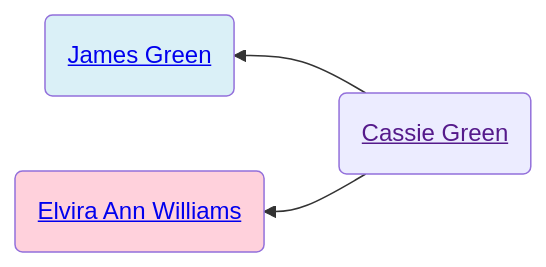
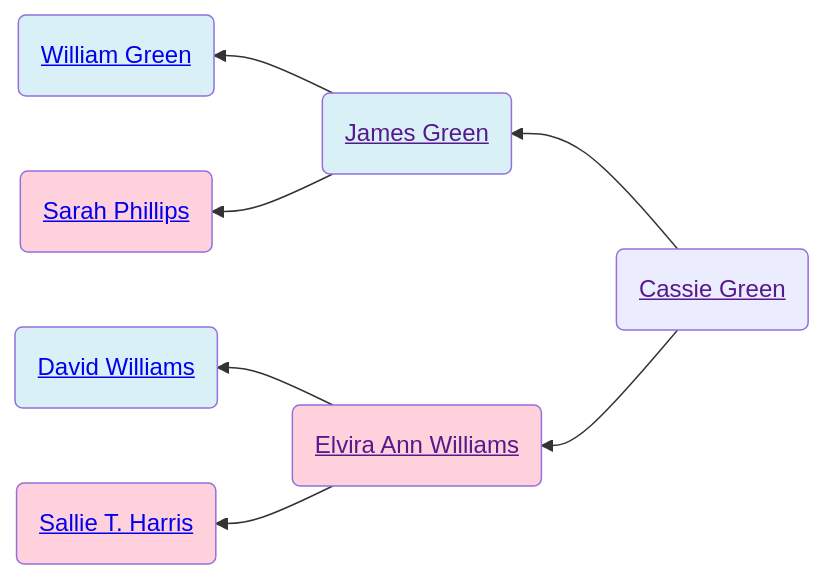
The first of 2 diagrams in familyhistory/sources/people/Gattis-line/Green-line/Cassie_Green.qmd (neelsmith/avocational), drawn with Mermaid before and after one commit. The commit also changed 42 other files, not shown here.

````diff
--- a/familyhistory/sources/people/Gattis-line/Green-line/Cassie_Green.qmd
+++ b/familyhistory/sources/people/Gattis-line/Green-line/Cassie_Green.qmd
@@ -26,12 +26,20 @@
 ```{mermaid}
 graph RL
 %% RL ancestor diagram
 Cassie_Green(<a href=''>Cassie Green</>) -->  James_Green(<a href='./James_Green.html'>James Green</>)
+James_Green(<a href=''>James Green</>) -->  William_Green(<a href='./William_Green.html'>William Green</>)
+class William_Green father
+James_Green(<a href=''>James Green</>)  --> Sarah_Phillips(<a href='./Sarah_Phillips.html'>Sarah Phillips</>)
+class Sarah_Phillips mother
 class James_Green father
 Cassie_Green(<a href=''>Cassie Green</>)  --> Elvira_Ann_Williams(<a href='./Williams-line/Elvira_Ann_Williams.html'>Elvira Ann Williams</>)
+Elvira_Ann_Williams(<a href=''>Elvira Ann Williams</>) -->  David_Williams(<a href='./David_Williams.html'>David Williams</>)
+class David_Williams father
+Elvira_Ann_Williams(<a href=''>Elvira Ann Williams</>)  --> Sallie_T.__Harris(<a href='./Sallie_T.__Harris.html'>Sallie T.  Harris</>)
+class Sallie_T.__Harris mother
 class Elvira_Ann_Williams mother
 classDef mother fill:#ffd1dc
 classDef father fill:#daf0f7  
 classDef marriage fill:#ffffff
 
 ```
````
